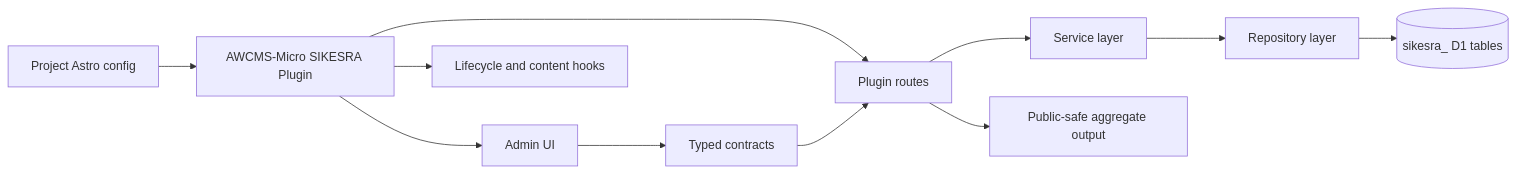
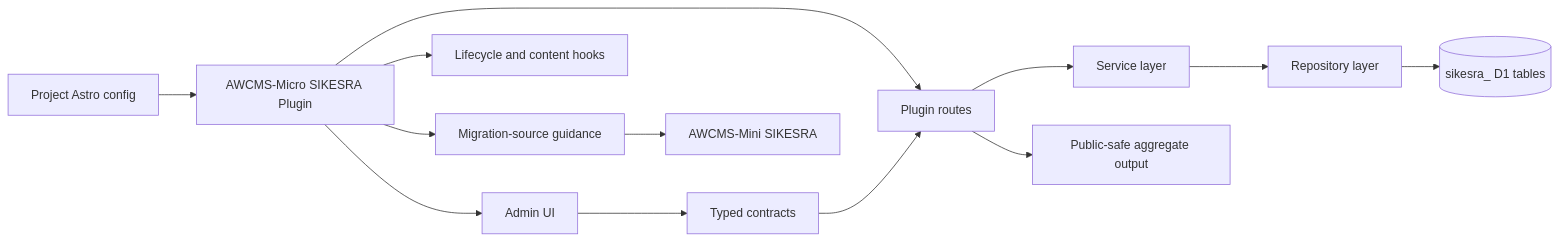
The first of 3 diagrams in awcmsmicro-dev/packages/plugins/awcms-micro-sikesra/README.md (ahliweb/awcms-micro), drawn with Mermaid before and after one commit. The commit also changed other lines of this file and 10 other files, not shown here.

Commit message:
feat: deprecate and freeze AWCMS-Micro SIKESRA plugin; document migration to AWCMS-Mini and update related governance boundaries

````diff
--- a/awcmsmicro-dev/packages/plugins/awcms-micro-sikesra/README.md
+++ b/awcmsmicro-dev/packages/plugins/awcms-micro-sikesra/README.md
@@ -13,13 +15,15 @@
 ```mermaid
 flowchart LR
   Config[Project Astro config] --> Plugin[AWCMS-Micro SIKESRA Plugin]
   Plugin --> Admin[Admin UI]
   Plugin --> Routes[Plugin routes]
   Plugin --> Hooks[Lifecycle and content hooks]
   Routes --> Services[Service layer]
   Services --> Repos[Repository layer]
   Repos --> D1[(sikesra_ D1 tables)]
   Routes --> Public[Public-safe aggregate output]
   Admin --> Contracts[Typed contracts]
   Contracts --> Routes
+  Plugin --> Migration[Migration-source guidance]
+  Migration --> Mini[AWCMS-Mini SIKESRA]
 ```
````
